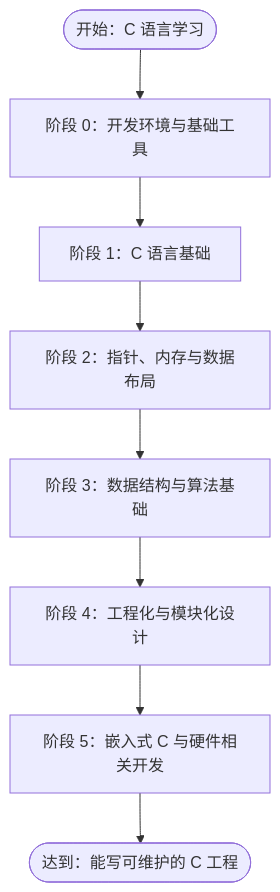
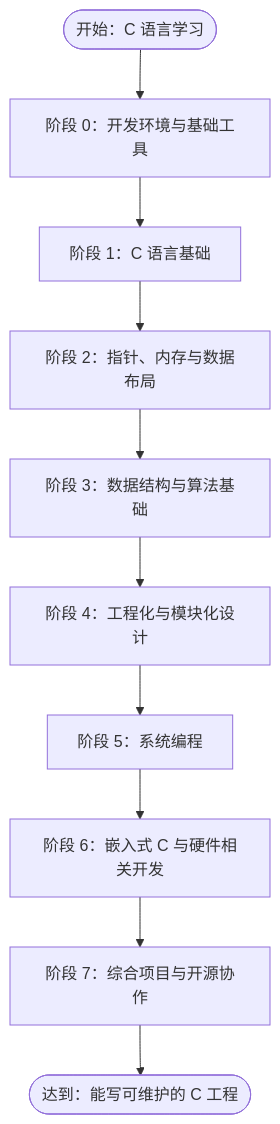
The first of 2 diagrams in ROADMAP.md (Awesome-Embedded-Learning-Studio/C-Journey), drawn with Mermaid before and after one commit. The commit also changed other lines of this file and 6 other files, not shown here.

First line of the commit message:
docs: 统一路线图为 8 阶段并校正仓库结构 (#6)

````diff
--- a/ROADMAP.md
+++ b/ROADMAP.md
@@ -7,10 +7,12 @@
 ```mermaid
 flowchart TD
     A([开始：C 语言学习]) --> B[阶段 0：开发环境与基础工具]
     B --> C[阶段 1：C 语言基础]
     C --> D[阶段 2：指针、内存与数据布局]
     D --> E[阶段 3：数据结构与算法基础]
     E --> F[阶段 4：工程化与模块化设计]
-    F --> H[阶段 5：嵌入式 C 与硬件相关开发]
-    H --> J([达到：能写可维护的 C 工程])
+    F --> SYS[阶段 5：系统编程]
+    SYS --> G[阶段 6：嵌入式 C 与硬件相关开发]
+    G --> CAP[阶段 7：综合项目与开源协作]
+    CAP --> J([达到：能写可维护的 C 工程])
 ```
````
